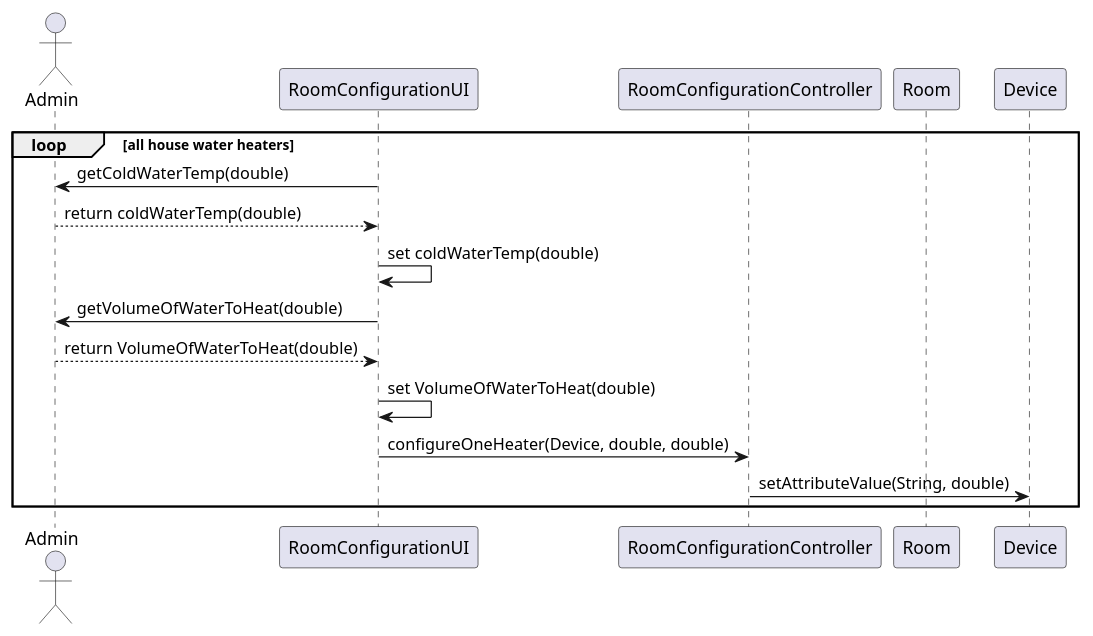
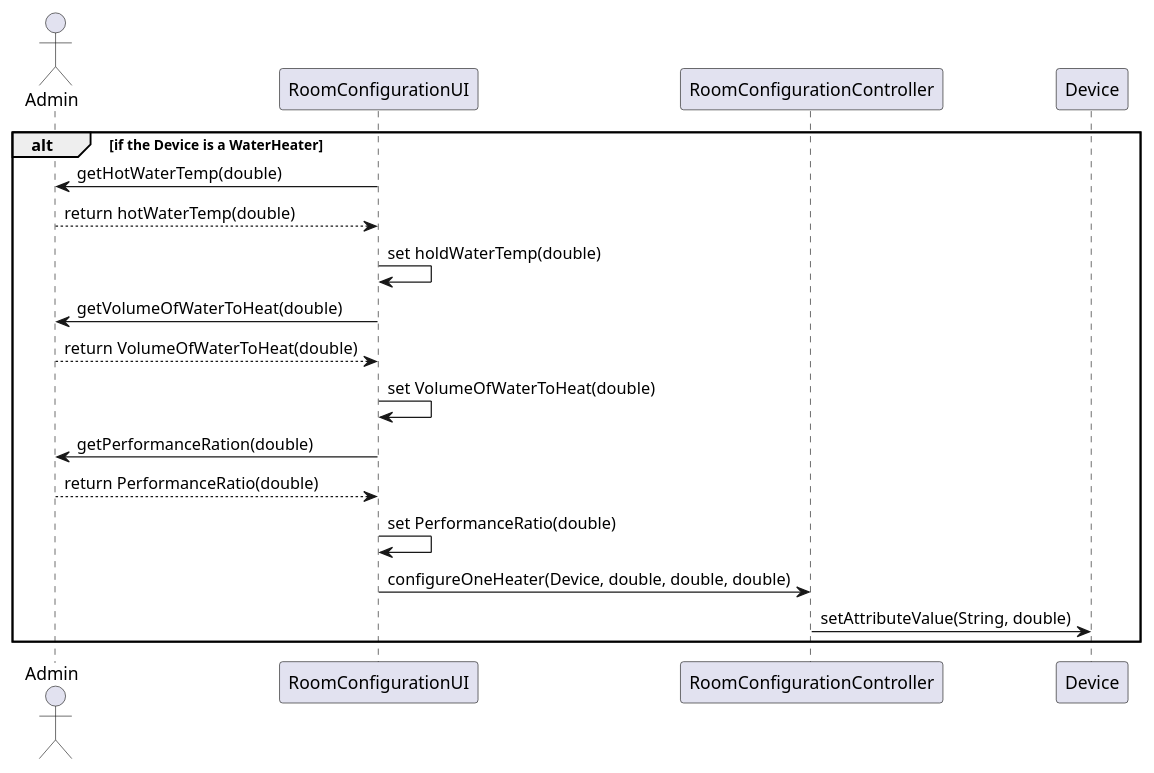
One commit to Almadanmp/project changed the diagram in uml/US215/US215 WaterHeater.puml. Above: the diagram before and after it, drawn with PlantUML. The commit also changed 4 other files, not shown here.

Commit message:
#62 - UML Sequences for US215 added. Duplicated Code in UI deleted.

```diff
--- a/uml/US215/US215 WaterHeater.puml
+++ b/uml/US215/US215 WaterHeater.puml
@@ -1,14 +1,16 @@
 @startuml
 actor Admin
-loop all house water heaters
-    RoomConfigurationUI -> Admin: getColdWaterTemp(double)
-    Admin --> RoomConfigurationUI: return coldWaterTemp(double)
-    RoomConfigurationUI ->RoomConfigurationUI: set coldWaterTemp(double)
+alt if the Device is a WaterHeater
+    RoomConfigurationUI -> Admin: getHotWaterTemp(double)
+    Admin --> RoomConfigurationUI: return hotWaterTemp(double)
+    RoomConfigurationUI ->RoomConfigurationUI: set holdWaterTemp(double)
     RoomConfigurationUI -> Admin: getVolumeOfWaterToHeat(double)
     Admin --> RoomConfigurationUI: return VolumeOfWaterToHeat(double)
     RoomConfigurationUI -> RoomConfigurationUI: set VolumeOfWaterToHeat(double)
-    RoomConfigurationUI -> RoomConfigurationController: configureOneHeater(Device, double, double)
-    participant Room
+    RoomConfigurationUI -> Admin: getPerformanceRation(double)
+    Admin --> RoomConfigurationUI: return PerformanceRatio(double)
+    RoomConfigurationUI -> RoomConfigurationUI: set PerformanceRatio(double)
+    RoomConfigurationUI -> RoomConfigurationController: configureOneHeater(Device, double, double, double)
     RoomConfigurationController -> Device: setAttributeValue(String, double)
 end
 @enduml
```
